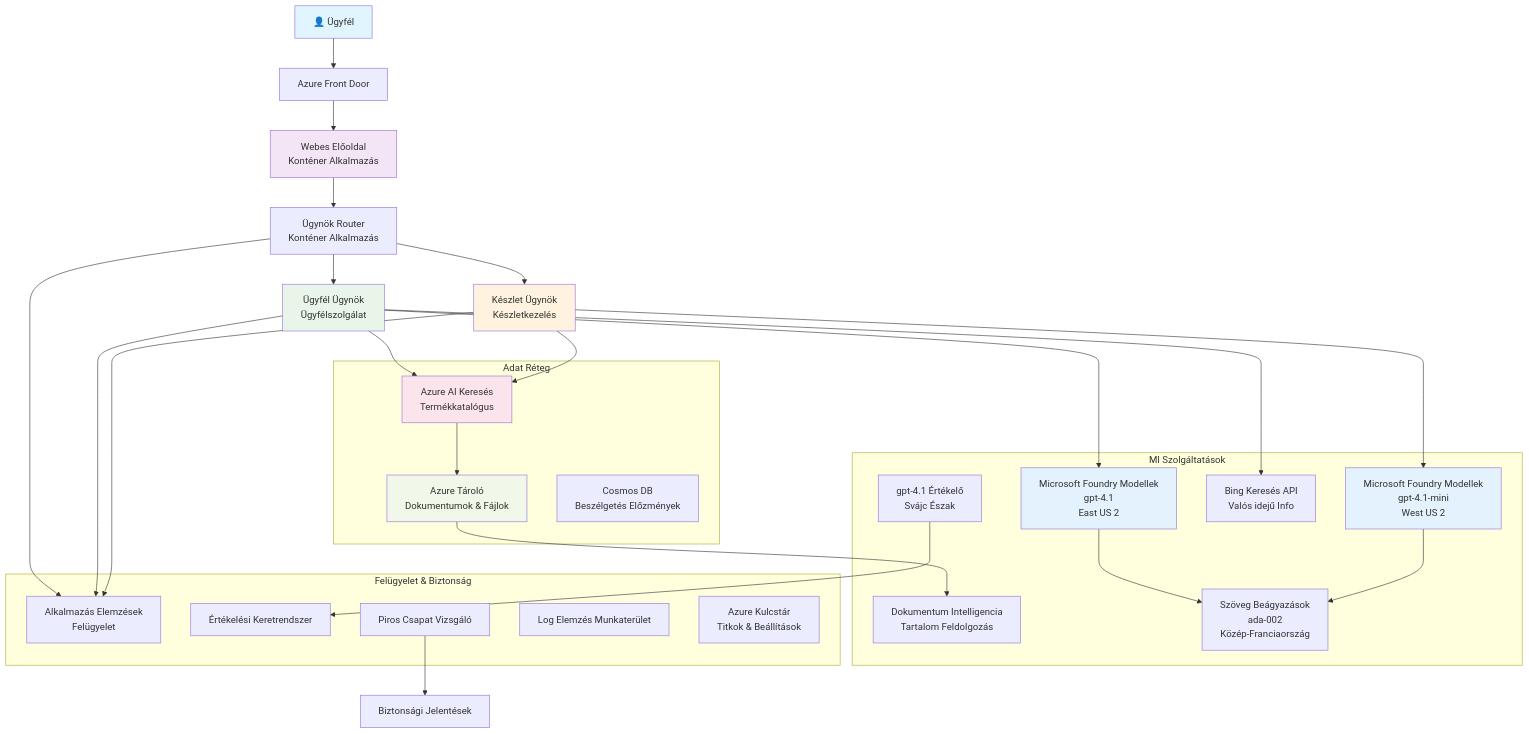
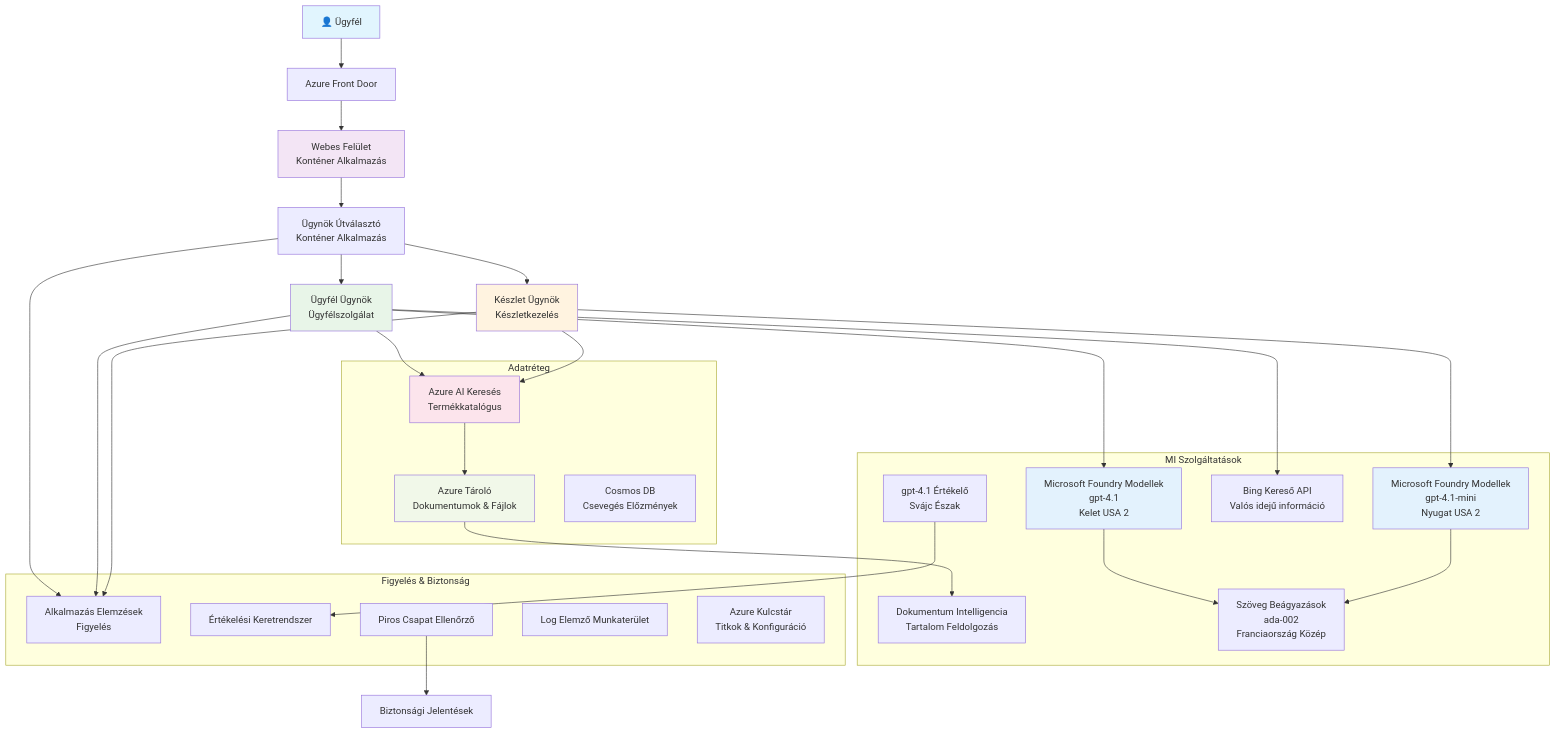
The diagram in translations/hu/examples/retail-scenario.md (microsoft/AZD-for-beginners), drawn with Mermaid before and after one commit. The commit also changed other lines of this file and 104 other files, not shown here.

````diff
--- a/translations/hu/examples/retail-scenario.md
+++ b/translations/hu/examples/retail-scenario.md
@@ -139,61 +139,61 @@
 ```mermaid
 graph TB
     User[👤 Ügyfél] --> LB[Azure Front Door]
-    LB --> WebApp[Webes Előoldal<br/>Konténer Alkalmazás]
+    LB --> WebApp[Webes Felület<br/>Konténer Alkalmazás]
     
-    WebApp --> Router[Ügynök Router<br/>Konténer Alkalmazás]
+    WebApp --> Router[Ügynök Útválasztó<br/>Konténer Alkalmazás]
     Router --> CustomerAgent[Ügyfél Ügynök<br/>Ügyfélszolgálat]
     Router --> InvAgent[Készlet Ügynök<br/>Készletkezelés]
     
-    CustomerAgent --> OpenAI1[Microsoft Foundry Modellek<br/>gpt-4.1<br/>East US 2]
-    InvAgent --> OpenAI2[Microsoft Foundry Modellek<br/>gpt-4.1-mini<br/>West US 2]
+    CustomerAgent --> OpenAI1[Microsoft Foundry Modellek<br/>gpt-4.1<br/>Kelet USA 2]
+    InvAgent --> OpenAI2[Microsoft Foundry Modellek<br/>gpt-4.1-mini<br/>Nyugat USA 2]
     
     CustomerAgent --> AISearch[Azure AI Keresés<br/>Termékkatalógus]
-    CustomerAgent --> BingSearch[Bing Keresés API<br/>Valós idejű Info]
+    CustomerAgent --> BingSearch[Bing Kereső API<br/>Valós idejű információ]
     InvAgent --> AISearch
     
     AISearch --> Storage[Azure Tároló<br/>Dokumentumok & Fájlok]
     Storage --> DocIntel[Dokumentum Intelligencia<br/>Tartalom Feldolgozás]
     
-    OpenAI1 --> Embeddings[Szöveg Beágyazások<br/>ada-002<br/>Közép-Franciaország]
+    OpenAI1 --> Embeddings[Szöveg Beágyazások<br/>ada-002<br/>Franciaország Közép]
     OpenAI2 --> Embeddings
     
-    Router --> AppInsights[Alkalmazás Elemzések<br/>Felügyelet]
+    Router --> AppInsights[Alkalmazás Elemzések<br/>Figyelés]
     CustomerAgent --> AppInsights
     InvAgent --> AppInsights
     
     GraderModel[gpt-4.1 Értékelő<br/>Svájc Észak] --> Evaluation[Értékelési Keretrendszer]
-    RedTeam[Piros Csapat Vizsgáló] --> SecurityReports[Biztonsági Jelentések]
+    RedTeam[Piros Csapat Ellenőrző] --> SecurityReports[Biztonsági Jelentések]
     
-    subgraph "Adat Réteg"
+    subgraph "Adatréteg"
         Storage
         AISearch
-        CosmosDB[Cosmos DB<br/>Beszélgetés Előzmények]
+        CosmosDB[Cosmos DB<br/>Csevegés Előzmények]
     end
     
     subgraph "MI Szolgáltatások"
         OpenAI1
         OpenAI2
         Embeddings
         GraderModel
         DocIntel
         BingSearch
     end
     
-    subgraph "Felügyelet & Biztonság"
+    subgraph "Figyelés & Biztonság"
         AppInsights
-        LogAnalytics[Log Elemzés Munkaterület]
-        KeyVault[Azure Kulcstár<br/>Titkok & Beállítások]
+        LogAnalytics[Log Elemző Munkaterület]
+        KeyVault[Azure Kulcstár<br/>Titkok & Konfiguráció]
         RedTeam
         Evaluation
     end
     
     style User fill:#e1f5fe
     style WebApp fill:#f3e5f5
     style CustomerAgent fill:#e8f5e8
     style InvAgent fill:#fff3e0
     style OpenAI1 fill:#e3f2fd
     style OpenAI2 fill:#e3f2fd
     style AISearch fill:#fce4ec
     style Storage fill:#f1f8e9
 ```
````
